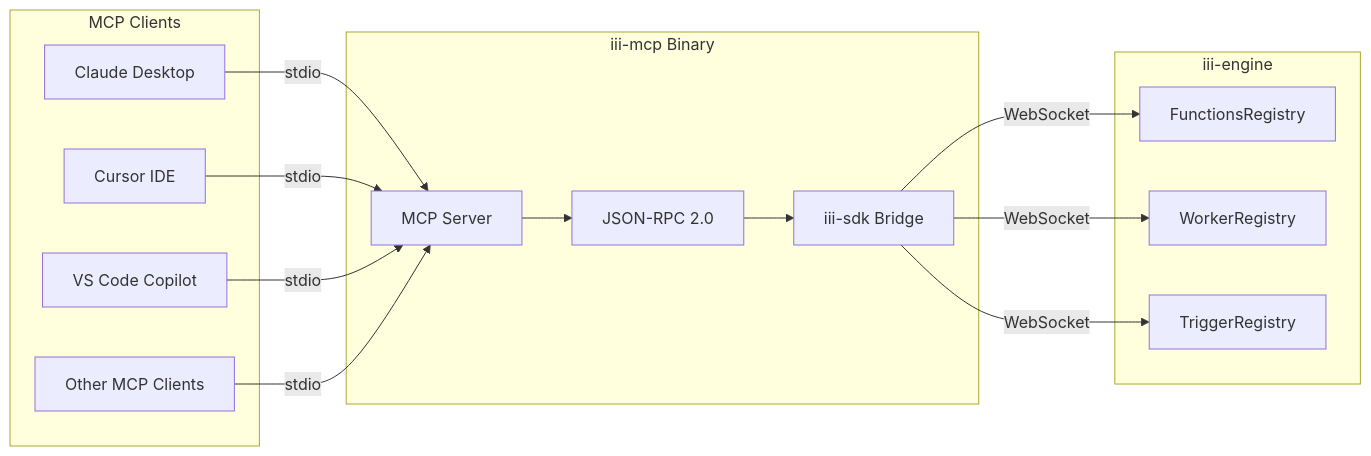
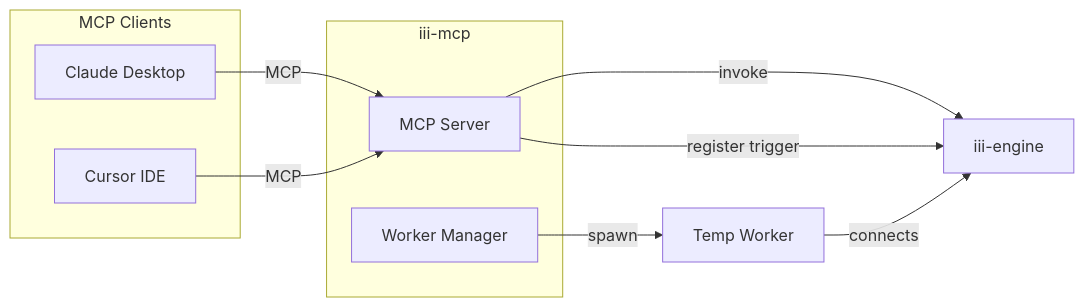
One commit to iii-hq/iii-connect changed the first of 3 diagrams in README.md. Above: the diagram before and after it, drawn with Mermaid. The commit also changed other lines of this file and 9 other files, not shown here.

````diff
--- a/README.md
+++ b/README.md
@@ -11,31 +17,22 @@
 ```mermaid
 flowchart LR
     subgraph clients [MCP Clients]
         Claude[Claude Desktop]
         Cursor[Cursor IDE]
-        VSCode["VS Code Copilot"]
-        Other[Other MCP Clients]
     end
 
-    subgraph mcpBinary [iii-mcp Binary]
-        McpServer[MCP Server]
-        JsonRpc[JSON-RPC 2.0]
-        Bridge[iii-sdk Bridge]
+    subgraph mcpBinary [iii-mcp]
+        MCP[MCP Server]
+        WM[Worker Manager]
     end
 
-    subgraph engine [iii-engine]
-        Functions[FunctionsRegistry]
-        Workers[WorkerRegistry]
-        Triggers[TriggerRegistry]
-    end
+    Engine[iii-engine]
+    TempWorker[Temp Worker]
 
-    Claude -->|stdio| McpServer
-    Cursor -->|stdio| McpServer
-    VSCode -->|stdio| McpServer
-    Other -->|stdio| McpServer
-    McpServer --> JsonRpc
-    JsonRpc --> Bridge
-    Bridge -->|WebSocket| Functions
-    Bridge -->|WebSocket| Workers
-    Bridge -->|WebSocket| Triggers
+    Claude -->|MCP| MCP
+    Cursor -->|MCP| MCP
+    MCP -->|invoke| Engine
+    MCP -->|register trigger| Engine
+    WM -->|spawn| TempWorker
+    TempWorker -->|connects| Engine
 ```
````
